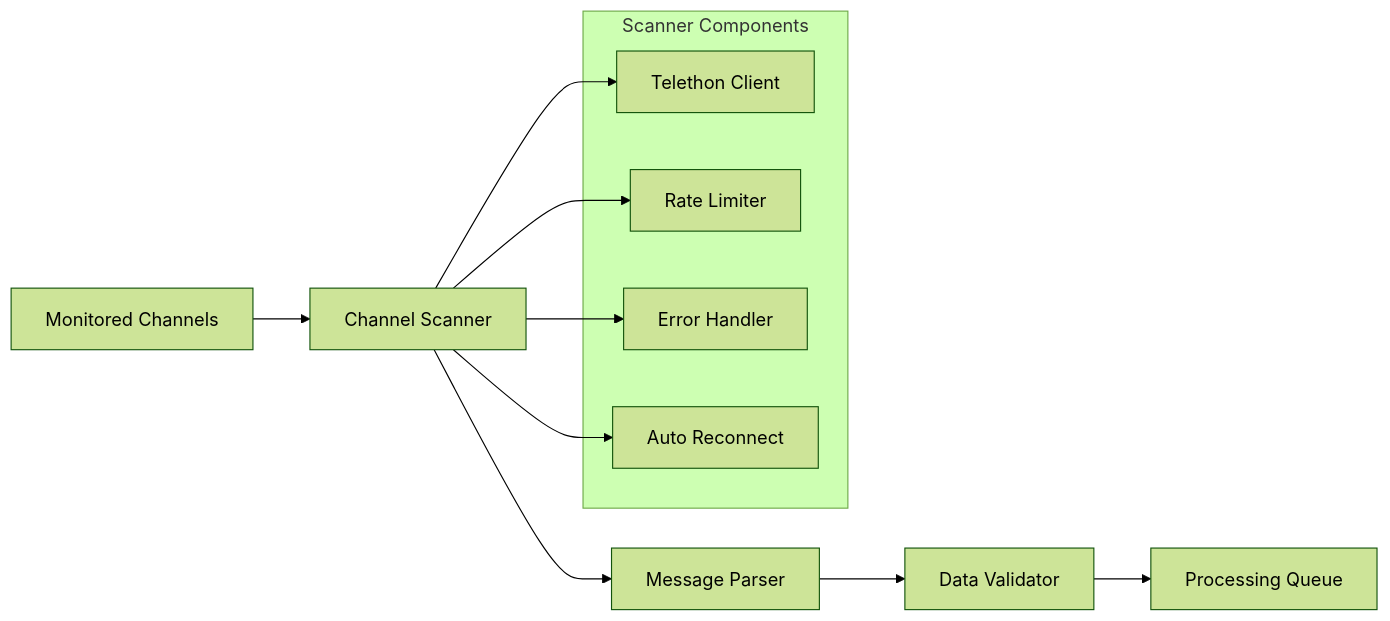
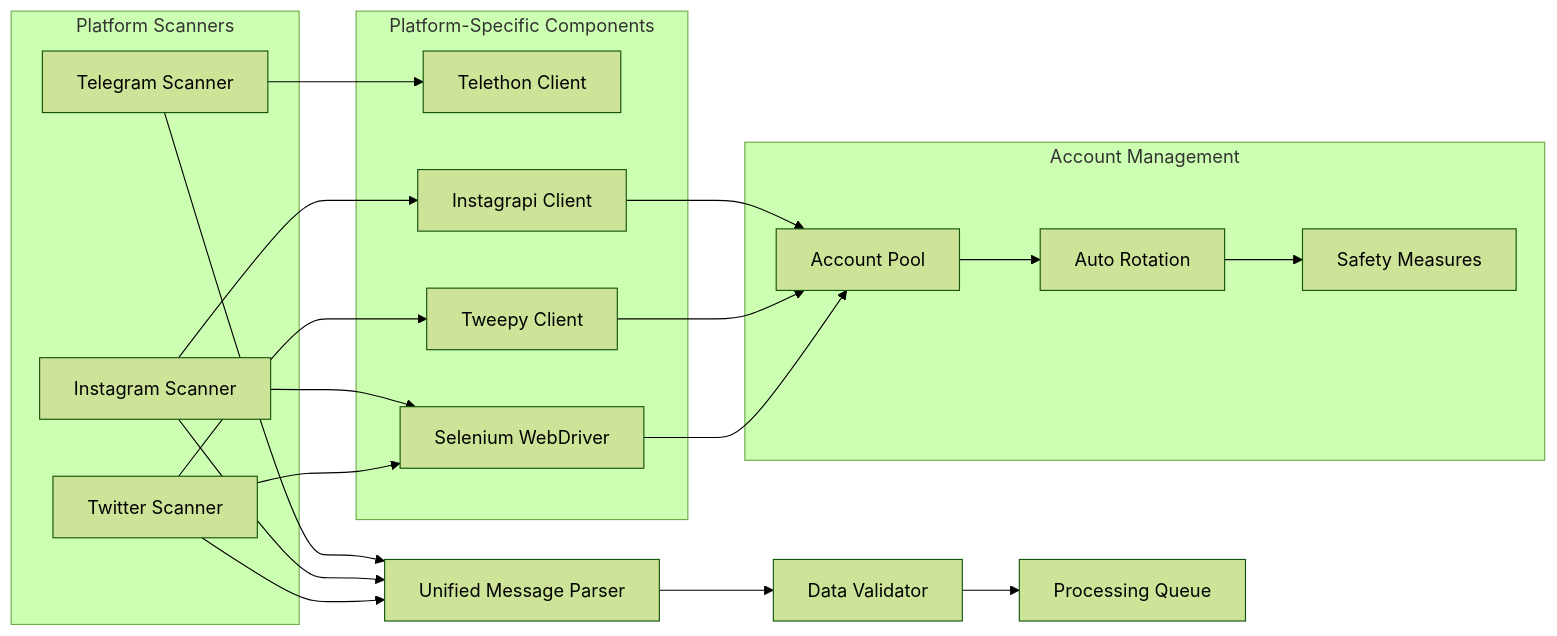
One commit to Divesh-Kshirsagar/Anti-India-Campaigns-Detector changed the second of 11 diagrams in docs/features/overview.md. Above: the diagram before and after it, drawn with Mermaid (forest theme). The commit also changed other lines of this file and 7 other files, not shown here.

````diff
--- a/docs/features/overview.md
+++ b/docs/features/overview.md
@@ -58,19 +79,40 @@
 ```mermaid
 graph LR
-    CHANNELS[Monitored Channels] --> SCANNER[Channel Scanner]
-    SCANNER --> PARSER[Message Parser]
+    subgraph "Platform Scanners"
+        TELEGRAM[Telegram Scanner]
+        INSTAGRAM[Instagram Scanner]
+        TWITTER[Twitter Scanner]
+    end
+    
+    TELEGRAM --> PARSER[Unified Message Parser]
+    INSTAGRAM --> PARSER
+    TWITTER --> PARSER
+    
     PARSER --> VALIDATOR[Data Validator]
     VALIDATOR --> QUEUE[Processing Queue]
     
-    subgraph "Scanner Components"
+    subgraph "Platform-Specific Components"
         TELETHON[Telethon Client]
-        RATE_LIMITER[Rate Limiter]
-        ERROR_HANDLER[Error Handler]
-        RECONNECT[Auto Reconnect]
+        INSTAGRAPI[Instagrapi Client]
+        TWEEPY[Tweepy Client]
+        SELENIUM[Selenium WebDriver]
     end
     
-    SCANNER --> TELETHON
-    SCANNER --> RATE_LIMITER
-    SCANNER --> ERROR_HANDLER
-    SCANNER --> RECONNECT
+    TELEGRAM --> TELETHON
+    INSTAGRAM --> INSTAGRAPI
+    INSTAGRAM --> SELENIUM
+    TWITTER --> TWEEPY
+    TWITTER --> SELENIUM
+    
+    subgraph "Account Management"
+        ACCOUNT_POOL[Account Pool]
+        ROTATION[Auto Rotation]
+        SAFETY[Safety Measures]
+    end
+    
+    INSTAGRAPI --> ACCOUNT_POOL
+    TWEEPY --> ACCOUNT_POOL
+    SELENIUM --> ACCOUNT_POOL
+    ACCOUNT_POOL --> ROTATION
+    ROTATION --> SAFETY
 ```
````
